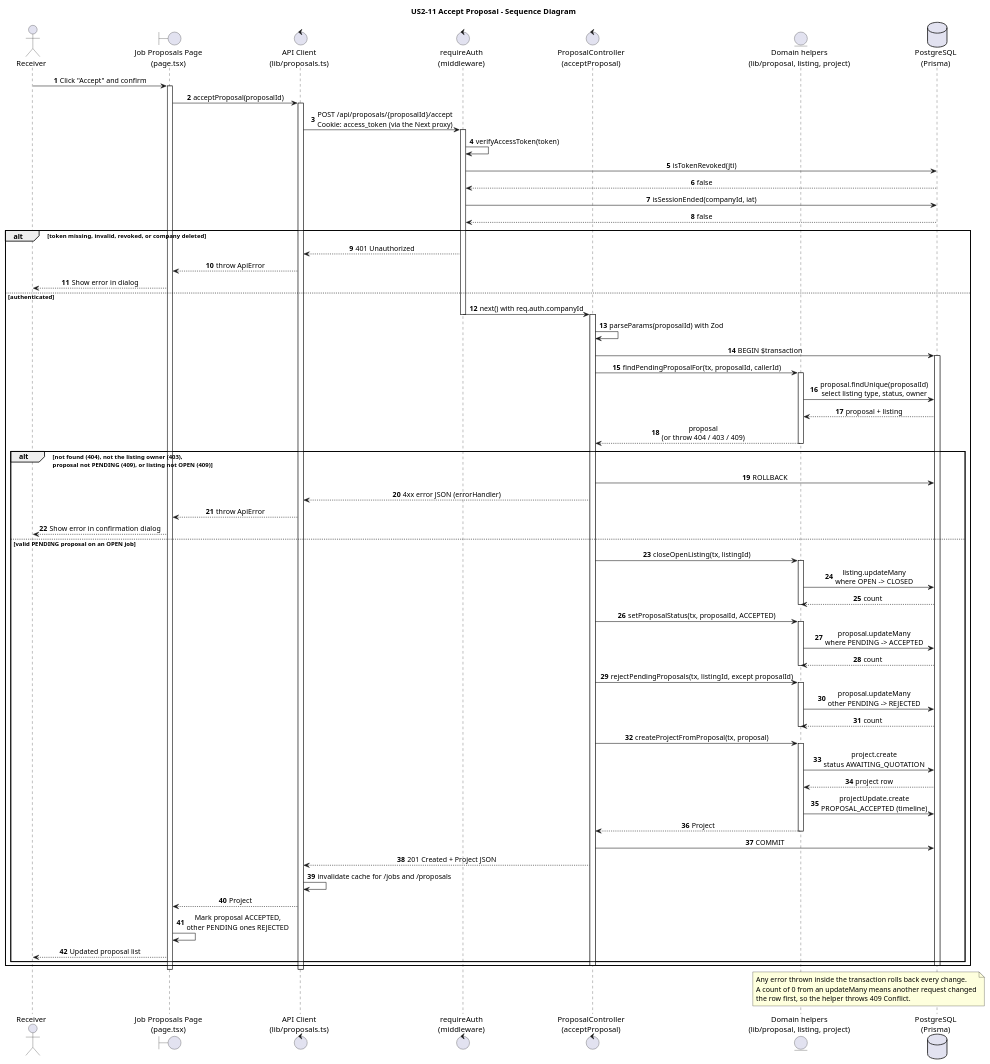
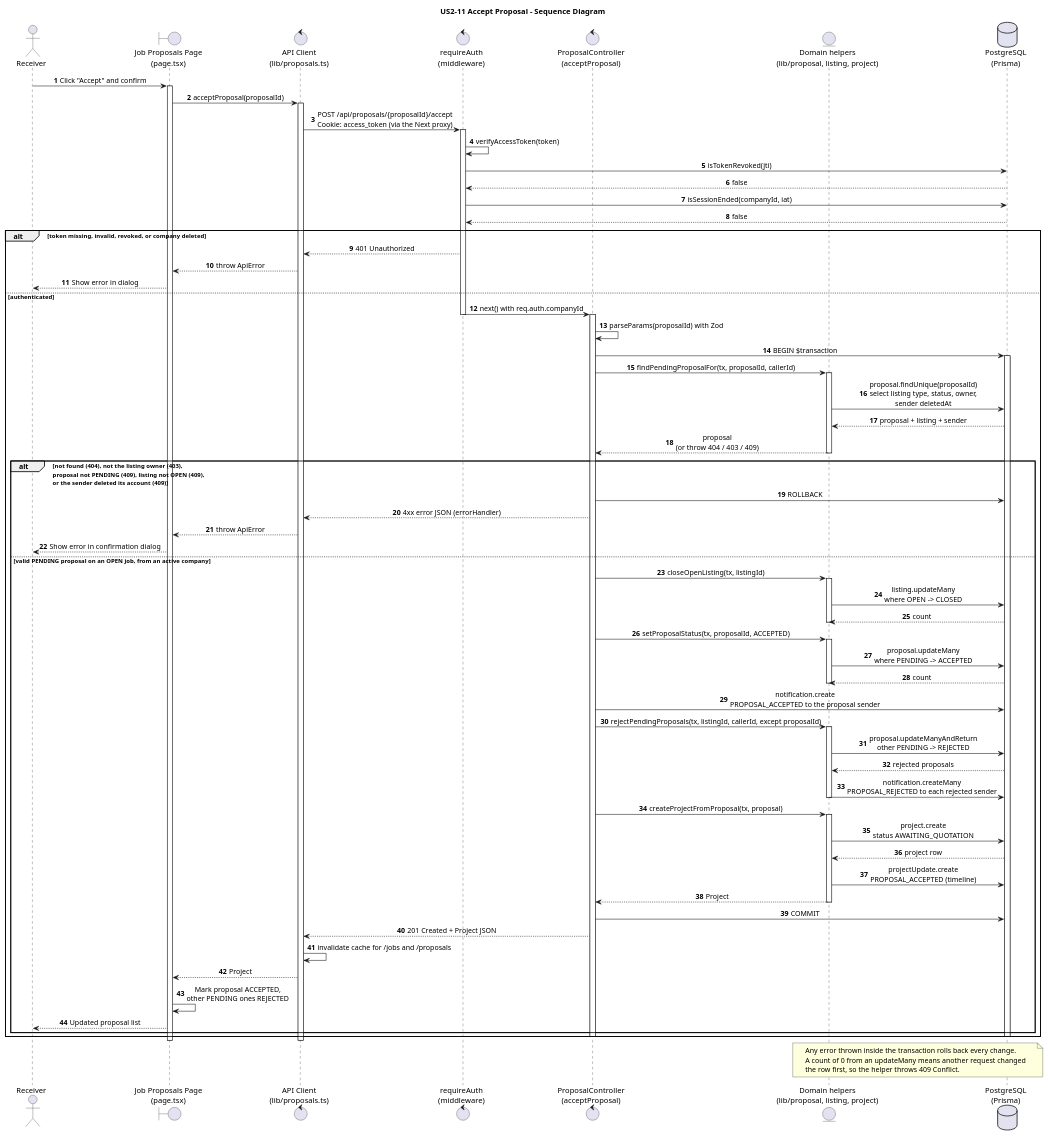
One commit to taofuuu/MangoDB changed the diagram in docs/uml/sequence/accept-proposal-implementation.puml. Above: the diagram before and after it, drawn with PlantUML. The commit also changed 1 other file, not shown here.

Commit message:
docs(uml): show notices and the deleted-sender check on accept

```diff
--- a/docs/uml/sequence/accept-proposal-implementation.puml
+++ b/docs/uml/sequence/accept-proposal-implementation.puml
@@ -1,110 +1,113 @@
 @startuml accept-proposal-implementation
 ' Sequence diagram for US2-11 Accept proposal (job listing).
 ' Traced from: apps/mangodb/app/jobs/[jobId]/proposals/page.tsx,
 ' apps/mangodb/lib/proposals.ts, apps/api/src/middleware/auth.ts,
 ' apps/api/src/controllers/proposal.controller.ts, apps/api/src/lib/proposal.ts,
 ' apps/api/src/lib/listing.ts, apps/api/src/lib/project.ts.
 title US2-11 Accept Proposal - Sequence Diagram
 
 skinparam shadowing false
 skinparam defaultFontName Arial
 skinparam sequenceMessageAlign center
 <style>
 participant {
   Padding 12
 }
 </style>
 autonumber
 
 actor Receiver
 boundary "Job Proposals Page\n(page.tsx)" as Page
 control "API Client\n(lib/proposals.ts)" as Client
 control "requireAuth\n(middleware)" as Auth
 control "ProposalController\n(acceptProposal)" as Ctrl
 entity "Domain helpers\n(lib/proposal, listing, project)" as Lib
 database "PostgreSQL\n(Prisma)" as DB
 
 Receiver -> Page : Click "Accept" and confirm
 activate Page
 Page -> Client : acceptProposal(proposalId)
 activate Client
 Client -> Auth : POST /api/proposals/{proposalId}/accept\nCookie: access_token (via the Next proxy)
 activate Auth
 
 Auth -> Auth : verifyAccessToken(token)
 Auth -> DB : isTokenRevoked(jti)
 DB --> Auth : false
 Auth -> DB : isSessionEnded(companyId, iat)
 DB --> Auth : false
 
 alt token missing, invalid, revoked, or company deleted
   Auth --> Client : 401 Unauthorized
   Client --> Page : throw ApiError
   Page --> Receiver : Show error in dialog
 else authenticated
   Auth -> Ctrl : next() with req.auth.companyId
   deactivate Auth
   activate Ctrl
   Ctrl -> Ctrl : parseParams(proposalId) with Zod
 
   Ctrl -> DB : BEGIN $transaction
   activate DB
 
   Ctrl -> Lib : findPendingProposalFor(tx, proposalId, callerId)
   activate Lib
-  Lib -> DB : proposal.findUnique(proposalId)\nselect listing type, status, owner
-  DB --> Lib : proposal + listing
+  Lib -> DB : proposal.findUnique(proposalId)\nselect listing type, status, owner,\nsender deletedAt
+  DB --> Lib : proposal + listing + sender
   Lib --> Ctrl : proposal\n(or throw 404 / 403 / 409)
   deactivate Lib
 
-  alt not found (404), not the listing owner (403),\nproposal not PENDING (409), or listing not OPEN (409)
+  alt not found (404), not the listing owner (403),\nproposal not PENDING (409), listing not OPEN (409),\nor the sender deleted its account (409)
     Ctrl -> DB : ROLLBACK
     Ctrl --> Client : 4xx error JSON (errorHandler)
     Client --> Page : throw ApiError
     Page --> Receiver : Show error in confirmation dialog
-  else valid PENDING proposal on an OPEN job
+  else valid PENDING proposal on an OPEN job, from an active company
     Ctrl -> Lib : closeOpenListing(tx, listingId)
     activate Lib
     Lib -> DB : listing.updateMany\nwhere OPEN -> CLOSED
     DB --> Lib : count
     deactivate Lib
 
     Ctrl -> Lib : setProposalStatus(tx, proposalId, ACCEPTED)
     activate Lib
     Lib -> DB : proposal.updateMany\nwhere PENDING -> ACCEPTED
     DB --> Lib : count
     deactivate Lib
 
-    Ctrl -> Lib : rejectPendingProposals(tx, listingId, except proposalId)
+    Ctrl -> DB : notification.create\nPROPOSAL_ACCEPTED to the proposal sender
+
+    Ctrl -> Lib : rejectPendingProposals(tx, listingId, callerId, except proposalId)
     activate Lib
-    Lib -> DB : proposal.updateMany\nother PENDING -> REJECTED
-    DB --> Lib : count
+    Lib -> DB : proposal.updateManyAndReturn\nother PENDING -> REJECTED
+    DB --> Lib : rejected proposals
+    Lib -> DB : notification.createMany\nPROPOSAL_REJECTED to each rejected sender
     deactivate Lib
 
     Ctrl -> Lib : createProjectFromProposal(tx, proposal)
     activate Lib
     Lib -> DB : project.create\nstatus AWAITING_QUOTATION
     DB --> Lib : project row
     Lib -> DB : projectUpdate.create\nPROPOSAL_ACCEPTED (timeline)
     Lib --> Ctrl : Project
     deactivate Lib
 
     Ctrl -> DB : COMMIT
     Ctrl --> Client : 201 Created + Project JSON
     Client -> Client : invalidate cache for /jobs and /proposals
     Client --> Page : Project
     Page -> Page : Mark proposal ACCEPTED,\nother PENDING ones REJECTED
     Page --> Receiver : Updated proposal list
   end
   deactivate DB
   deactivate Ctrl
 end
 deactivate Client
 deactivate Page
 
 note over Lib, DB
   Any error thrown inside the transaction rolls back every change.
   A count of 0 from an updateMany means another request changed
   the row first, so the helper throws 409 Conflict.
 end note
 @enduml
```
